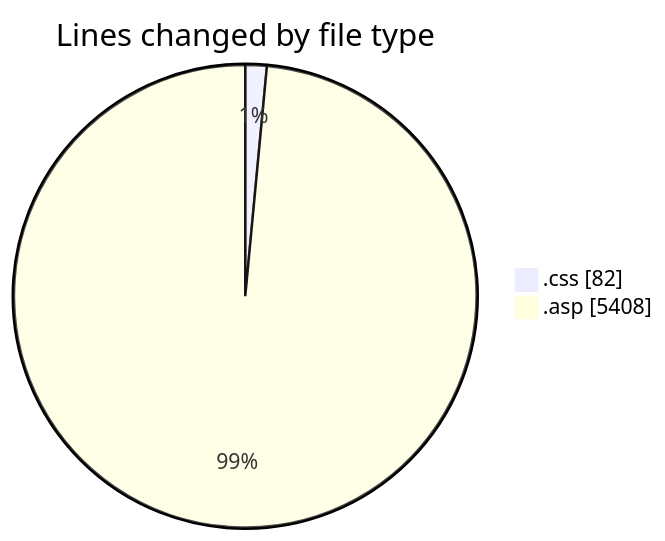
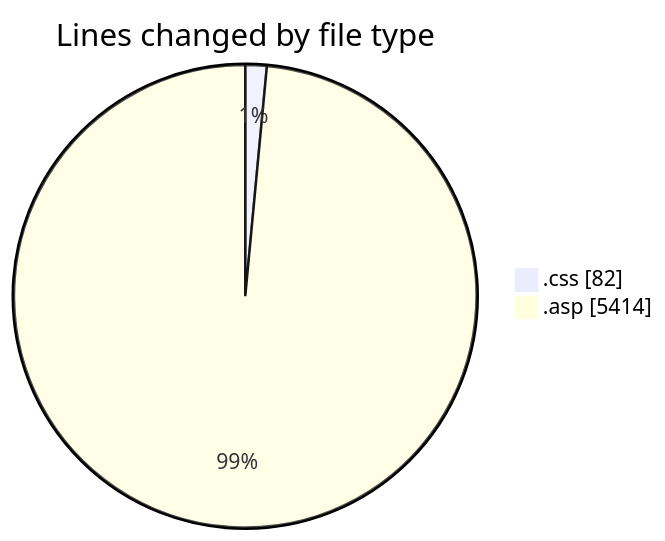
Before and after one commit to julien-gomy/code-tracking: the first of 2 diagrams in 2025-11-16/cdp_aleoudev_fr__workspace_/README.md, drawn with Mermaid. The commit also changed other lines of this file and 1 other file, not shown here.

````diff
--- a/2025-11-16/cdp_aleoudev_fr__workspace_/README.md
+++ b/2025-11-16/cdp_aleoudev_fr__workspace_/README.md
@@ -28,6 +28,6 @@
 ```mermaid
 pie showData
 title Lines changed by file type
 ".css" : 82
-".asp" : 5408
+".asp" : 5414
 ```
````
